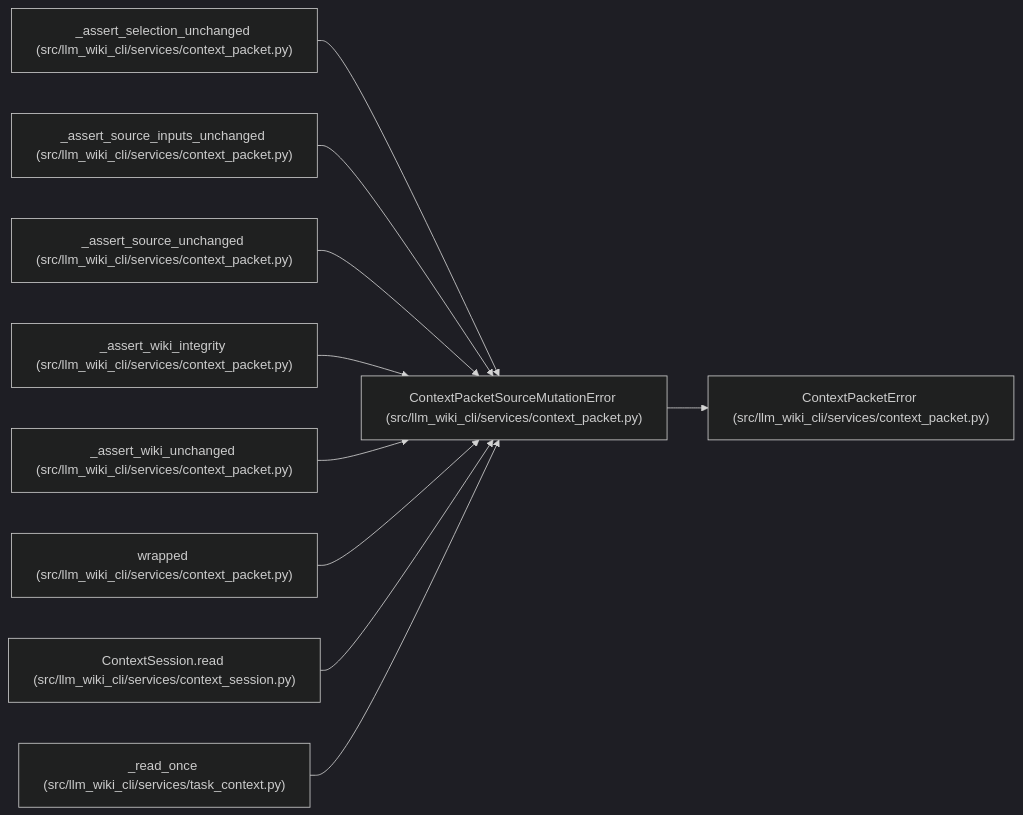
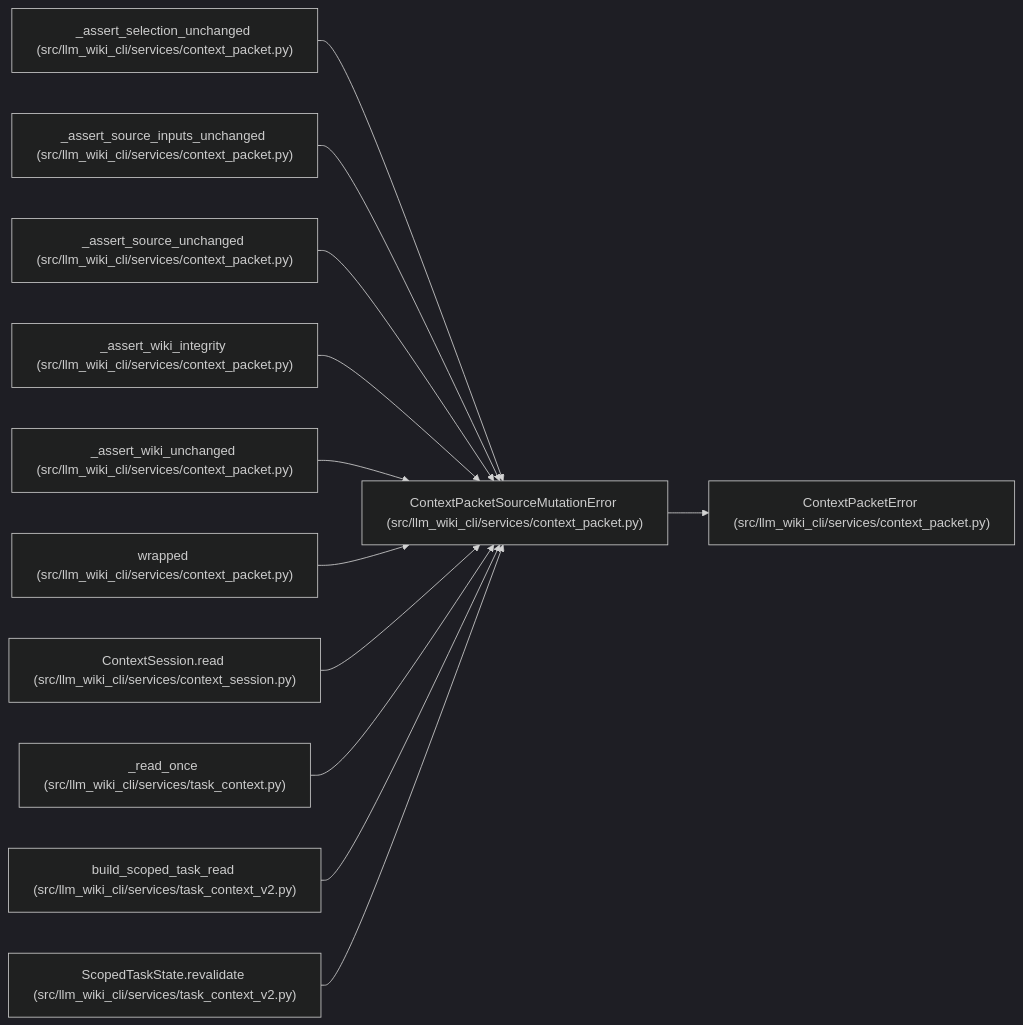
One commit to Denissvgn/python-wiki-llm changed the diagram in docs/llm_wiki/entities/ContextPacketSourceMutationError.md. Above: the diagram before and after it, drawn with Mermaid (dark theme). The commit also changed other lines of this file and 6245 other files, not shown here.

````diff
--- a/docs/llm_wiki/entities/ContextPacketSourceMutationError.md
+++ b/docs/llm_wiki/entities/ContextPacketSourceMutationError.md
@@ -25,32 +25,38 @@
 ```mermaid
 flowchart LR
     n0["ContextPacketSourceMutationError (src/llm_wiki_cli/services/context_packet.py)"]
     n1["ContextPacketError (src/llm_wiki_cli/services/context_packet.py)"]
     n2["_assert_selection_unchanged (src/llm_wiki_cli/services/context_packet.py)"]
     n3["_assert_source_inputs_unchanged (src/llm_wiki_cli/services/context_packet.py)"]
     n4["_assert_source_unchanged (src/llm_wiki_cli/services/context_packet.py)"]
     n5["_assert_wiki_integrity (src/llm_wiki_cli/services/context_packet.py)"]
     n6["_assert_wiki_unchanged (src/llm_wiki_cli/services/context_packet.py)"]
     n7["wrapped (src/llm_wiki_cli/services/context_packet.py)"]
     n8["ContextSession.read (src/llm_wiki_cli/services/context_session.py)"]
     n9["_read_once (src/llm_wiki_cli/services/task_context.py)"]
+    n10["build_scoped_task_read (src/llm_wiki_cli/services/task_context_v2.py)"]
+    n11["ScopedTaskState.revalidate (src/llm_wiki_cli/services/task_context_v2.py)"]
     n0 --> n1
     n2 --> n0
     n3 --> n0
     n4 --> n0
     n5 --> n0
     n6 --> n0
     n7 --> n0
     n8 --> n0
     n9 --> n0
+    n10 --> n0
+    n11 --> n0
     click n0 "../modules/context_packet.md"
     click n1 "../modules/context_packet.md"
     click n2 "../modules/context_packet.md"
     click n3 "../modules/context_packet.md"
     click n4 "../modules/context_packet.md"
     click n5 "../modules/context_packet.md"
     click n6 "../modules/context_packet.md"
     click n7 "../modules/context_packet.md"
     click n8 "../modules/context_session.md"
     click n9 "../modules/task_context.md"
+    click n10 "../modules/task_context_v2.md"
+    click n11 "../modules/task_context_v2.md"
 ```
````
